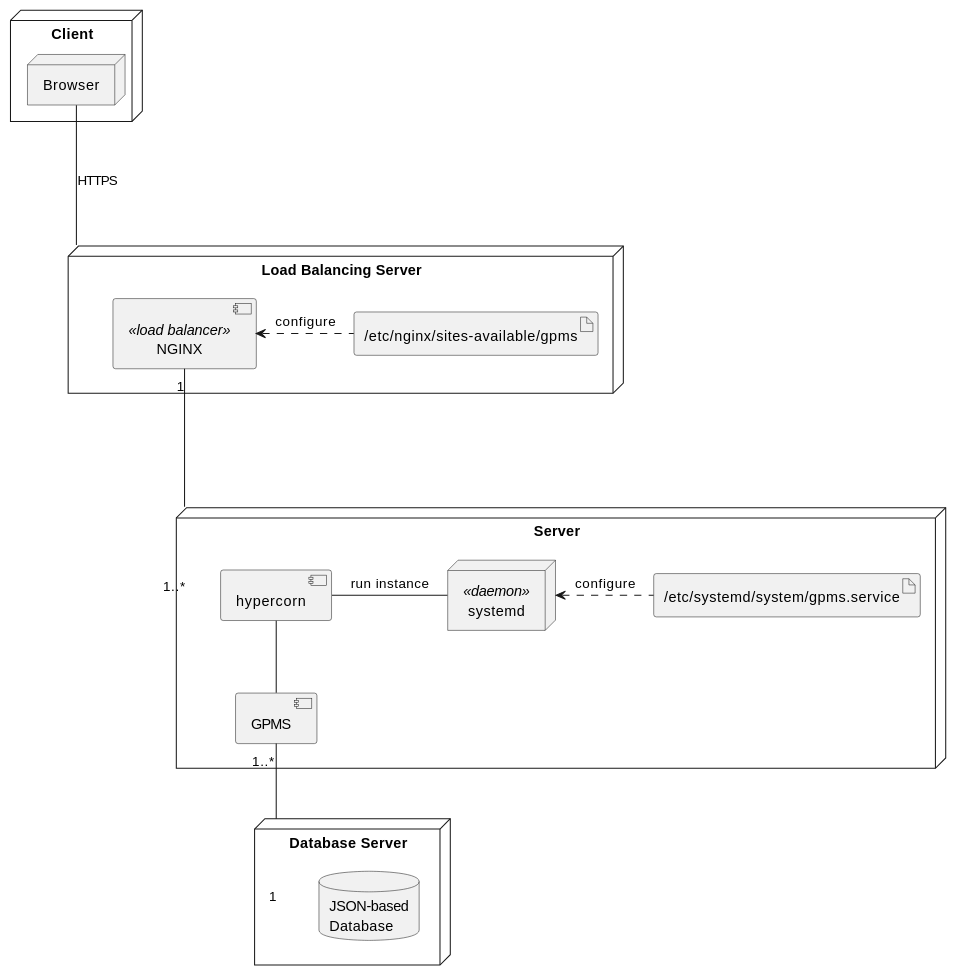
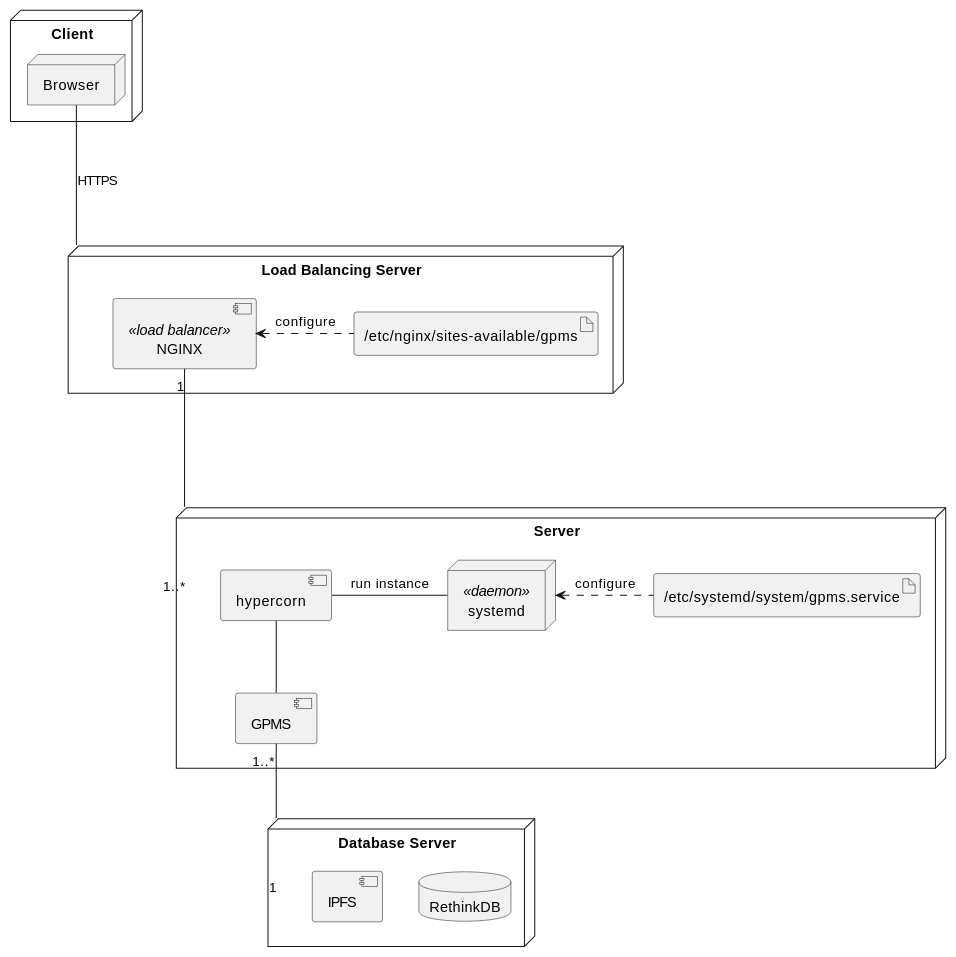
The second of 2 diagrams in docs/source/solution/distribution.rst (Huy-Ngo/acanban), drawn with PlantUML before and after one commit. The commit also changed other lines of this file and 1 other file, not shown here.

First line of the commit message:
Update deployment instruction and diagrams

```diff
--- a/docs/source/solution/distribution.rst
+++ b/docs/source/solution/distribution.rst
@@ -29,31 +31,32 @@
 .. uml::
 
    node Client {
       node Browser
    }
 
    node "Load Balancing Server" as balancer {
       component NGINX as nginx <<load balancer>>
       artifact "/etc/nginx/sites-available/gpms" as nginx_conf
    }
 
    node Server {
       artifact "/etc/systemd/system/gpms.service" as systemd_conf
       component GPMS as gpms
       component hypercorn
       node systemd <<daemon>>
    }
 
    node "Database Server" as db_server {
-      database "JSON-based\nDatabase" as db
+      database "RethinkDB" as db
+      component IPFS
    }
 
    Browser --- balancer: HTTPS
 
    nginx <. nginx_conf: configure
    nginx "1" --- "1..*" Server
 
    hypercorn - systemd: run instance
    systemd <. systemd_conf: configure
    hypercorn -- gpms
    gpms "1..*" -- "1" db_server
```
